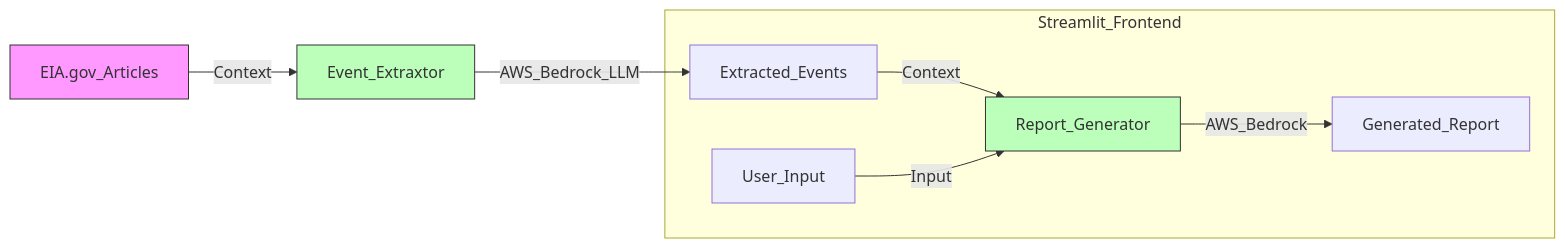
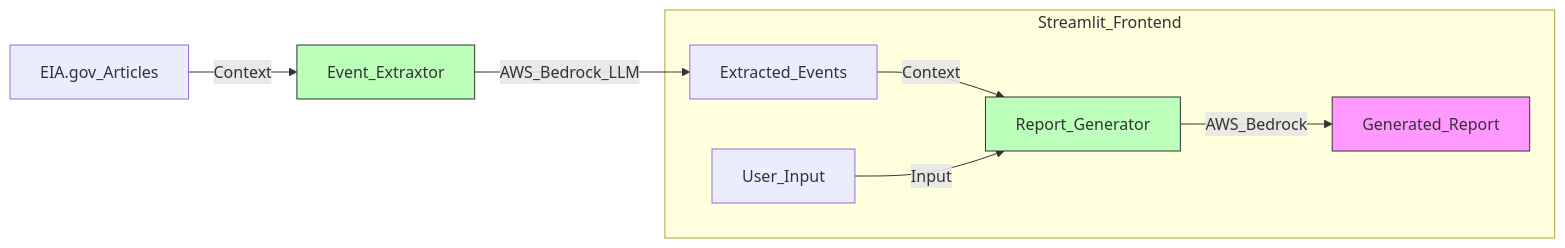
The diagram in README.md (nickchao1020/woodmac-proj), drawn with Mermaid before and after one commit.

````diff
--- a/README.md
+++ b/README.md
@@ -102,16 +102,16 @@
 ```mermaid
 flowchart LR
     A[EIA.gov_Articles] -->|Context| B[Event_Extraxtor]
     B -->|AWS_Bedrock_LLM| C[Extracted_Events]
     
     subgraph Streamlit_Frontend
         D[User_Input]
         C -->|Context| E[Report_Generator]
         D -->|Input| E
         E -->|AWS_Bedrock| F[Generated_Report]
     end
 
-    style A fill:#f9f,stroke:#333
+    style F fill:#f9f,stroke:#333
     style B fill:#bfb,stroke:#333
     style E fill:#bfb,stroke:#333
 ```
````
